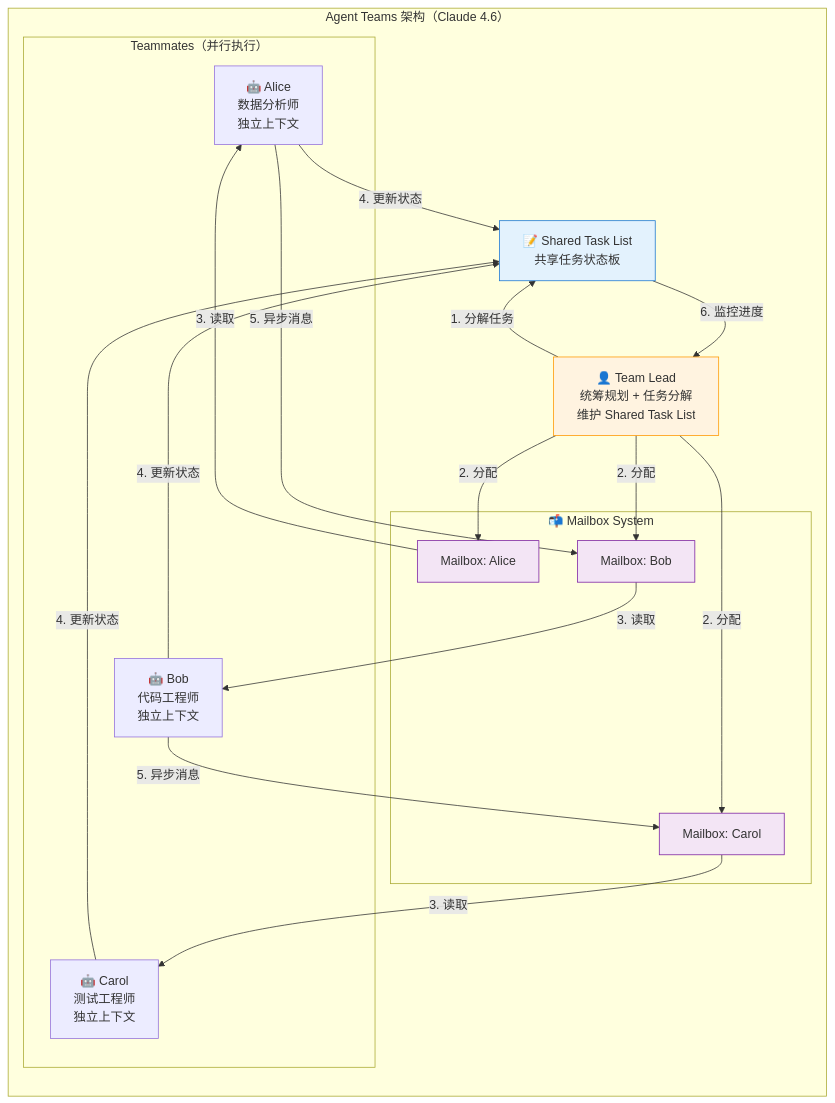
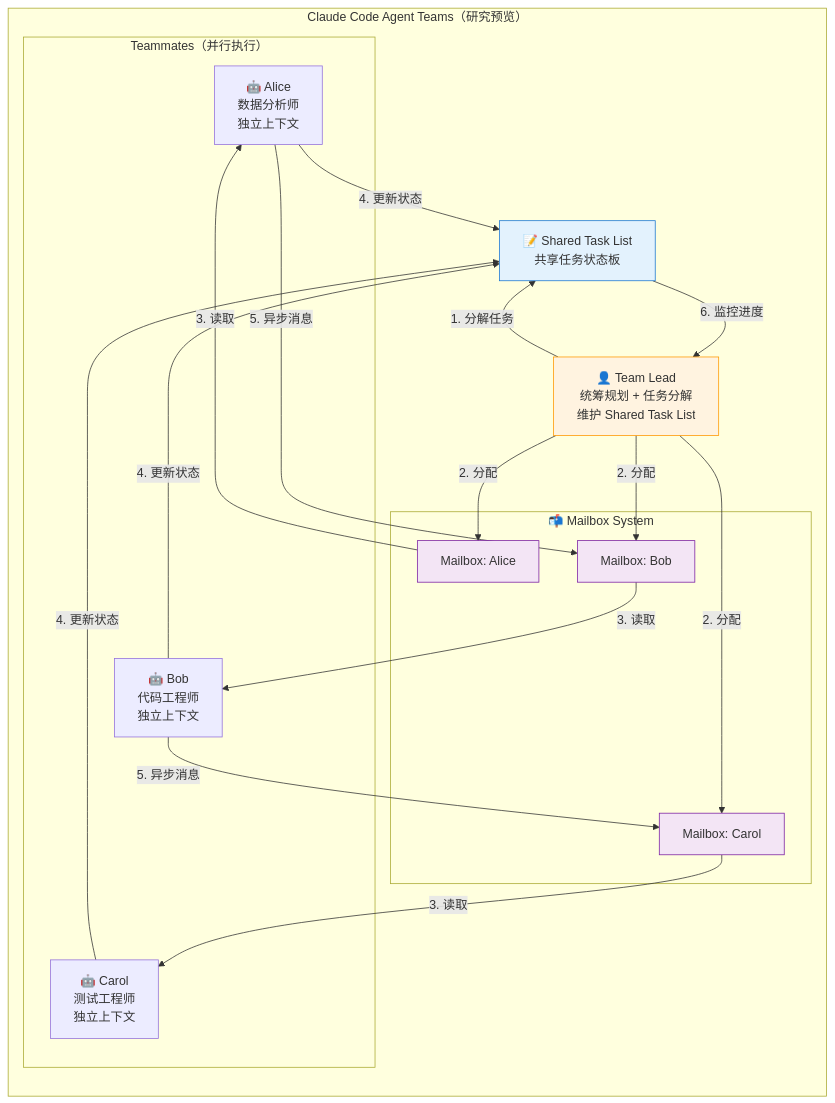
One commit to BeefWrap4/LLM-Knowledge-Base changed diagram 13 of 20 in 15_Agent智能体开发.md. Above: the diagram before and after it, drawn with Mermaid. The commit also changed other lines of this file and 454 other files, not shown here.

````diff
--- a/15_Agent智能体开发.md
+++ b/15_Agent智能体开发.md
@@ -1723,51 +1741,51 @@
 ```mermaid
 graph TB
-    subgraph "Agent Teams 架构（Claude 4.6）"
+    subgraph "Claude Code Agent Teams（研究预览）"
         direction TB
 
         TL["👤 Team Lead
 统筹规划 + 任务分解
 维护 Shared Task List"]
 
         subgraph "📬 Mailbox System"
             M1["Mailbox: Alice"]
             M2["Mailbox: Bob"]
             M3["Mailbox: Carol"]
         end
 
         subgraph "Teammates（并行执行）"
             T1["🤖 Alice
 数据分析师
 独立上下文"]
             T2["🤖 Bob
 代码工程师
 独立上下文"]
             T3["🤖 Carol
 测试工程师
 独立上下文"]
         end
 
         STL["📝 Shared Task List
 共享任务状态板"]
 
         TL -->|"1. 分解任务"| STL
         TL -->|"2. 分配"| M1
         TL -->|"2. 分配"| M2
         TL -->|"2. 分配"| M3
         M1 -->|"3. 读取"| T1
         M2 -->|"3. 读取"| T2
         M3 -->|"3. 读取"| T3
         T1 -->|"4. 更新状态"| STL
         T2 -->|"4. 更新状态"| STL
         T3 -->|"4. 更新状态"| STL
         T1 -->|"5. 异步消息"| M2
         T2 -->|"5. 异步消息"| M3
         STL -->|"6. 监控进度"| TL
     end
 
     style TL fill:#fff3e0,stroke:#ff9800
     style STL fill:#e3f2fd,stroke:#1976d2
     style M1 fill:#f3e5f5,stroke:#7b1fa2
     style M2 fill:#f3e5f5,stroke:#7b1fa2
     style M3 fill:#f3e5f5,stroke:#7b1fa2
 ```
````
